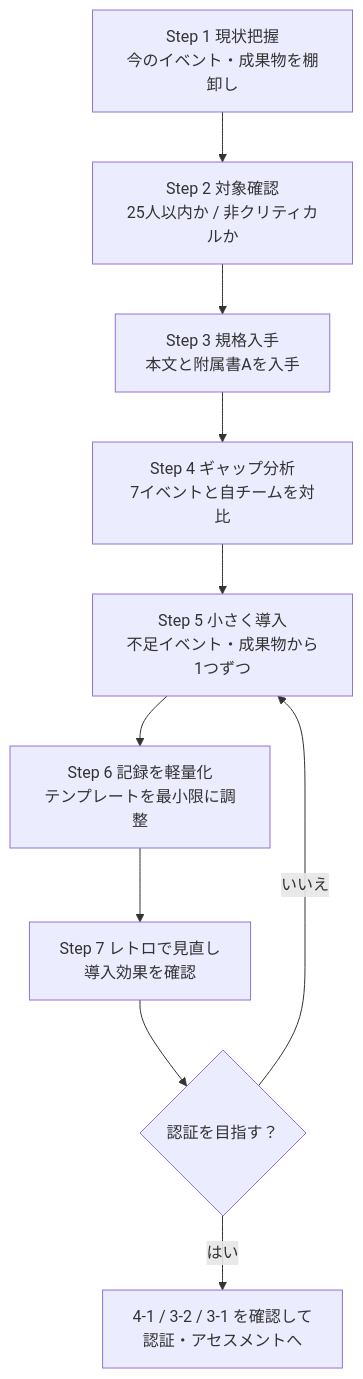
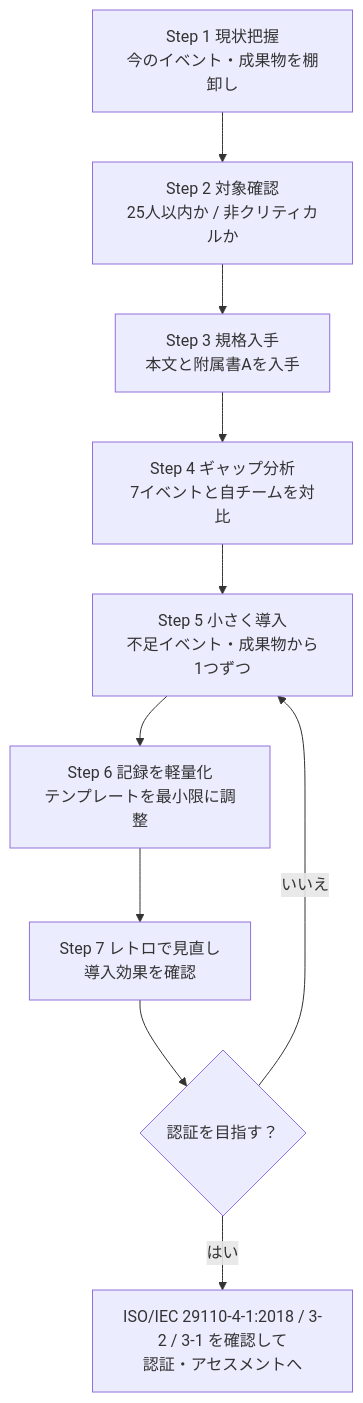
The tenth of 10 diagrams in Iso-iec-29110-5-4-2025-beginner-guide.md (myoshi2891/Quality-Assurance-Studies), drawn with Mermaid before and after one commit. The commit also changed other lines of this file and 2 other files, not shown here.

Commit message:
docs(iso-29110): ISO/IEC 29110 シリーズガイドの規格番号明記および最新動向の反映

````diff
--- a/Iso-iec-29110-5-4-2025-beginner-guide.md
+++ b/Iso-iec-29110-5-4-2025-beginner-guide.md
@@ -405,12 +405,12 @@
 ```mermaid
 flowchart TD
   S1["Step 1 現状把握<br/>今のイベント・成果物を棚卸し"] --> S2["Step 2 対象確認<br/>25人以内か / 非クリティカルか"]
   S2 --> S3["Step 3 規格入手<br/>本文と附属書Aを入手"]
   S3 --> S4["Step 4 ギャップ分析<br/>7イベントと自チームを対比"]
   S4 --> S5["Step 5 小さく導入<br/>不足イベント・成果物から1つずつ"]
   S5 --> S6["Step 6 記録を軽量化<br/>テンプレートを最小限に調整"]
   S6 --> S7["Step 7 レトロで見直し<br/>導入効果を確認"]
   S7 --> S8{"認証を目指す？"}
-  S8 -->|"はい"| S9["4-1 / 3-2 / 3-1 を確認して<br/>認証・アセスメントへ"]
+  S8 -->|"はい"| S9["ISO/IEC 29110-4-1:2018 / 3-2 / 3-1 を確認して<br/>認証・アセスメントへ"]
   S8 -->|"いいえ"| S5
 ```
````
